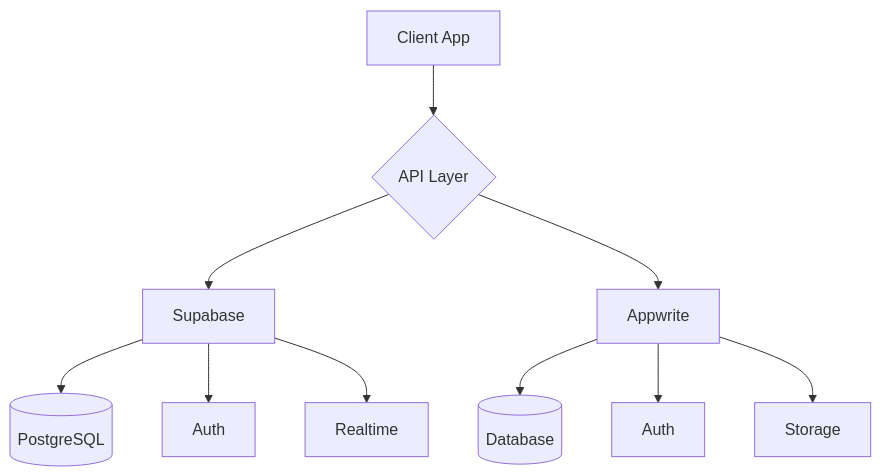
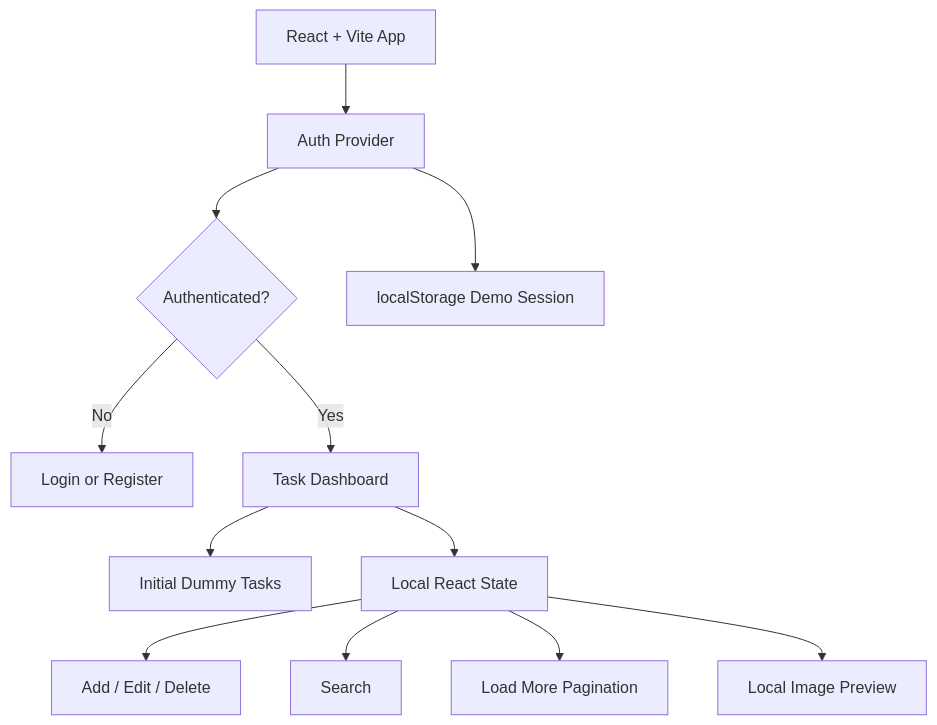
Before and after one commit to rahmanashis/supabase-appwrite: the diagram in docs/diagrams/architecture.mmd, drawn with Mermaid.

Commit message:
Update architecture diagram: architecture.mmd

```diff
--- a/docs/diagrams/architecture.mmd
+++ b/docs/diagrams/architecture.mmd
@@ -1,10 +1,12 @@
 graph TD
-    A[Client App] --> B{API Layer}
-    B --> C[Supabase]
-    B --> D[Appwrite]
-    C --> E[(PostgreSQL)]
-    C --> F[Auth]
-    C --> G[Realtime]
-    D --> H[(Database)]
-    D --> I[Auth]
-    D --> J[Storage]
+    A[React + Vite App] --> B[Auth Provider]
+    B --> C{Authenticated?}
+    C -->|No| D[Login or Register]
+    C -->|Yes| E[Task Dashboard]
+    E --> F[Initial Dummy Tasks]
+    E --> G[Local React State]
+    G --> H[Add / Edit / Delete]
+    G --> I[Search]
+    G --> J[Load More Pagination]
+    G --> K[Local Image Preview]
+    B --> L[localStorage Demo Session]
```
